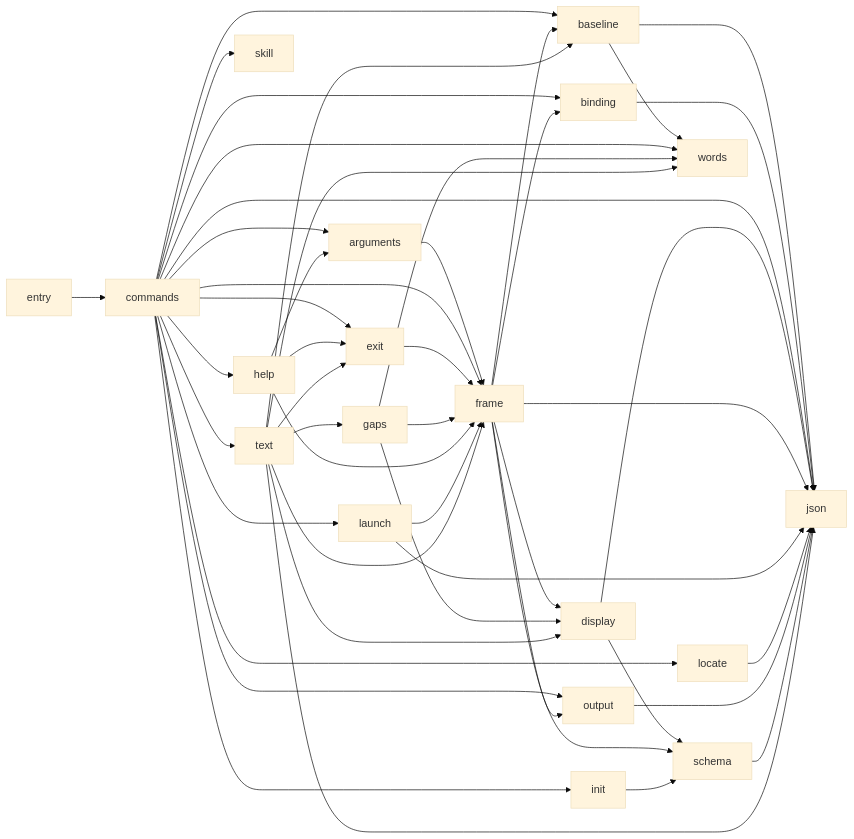
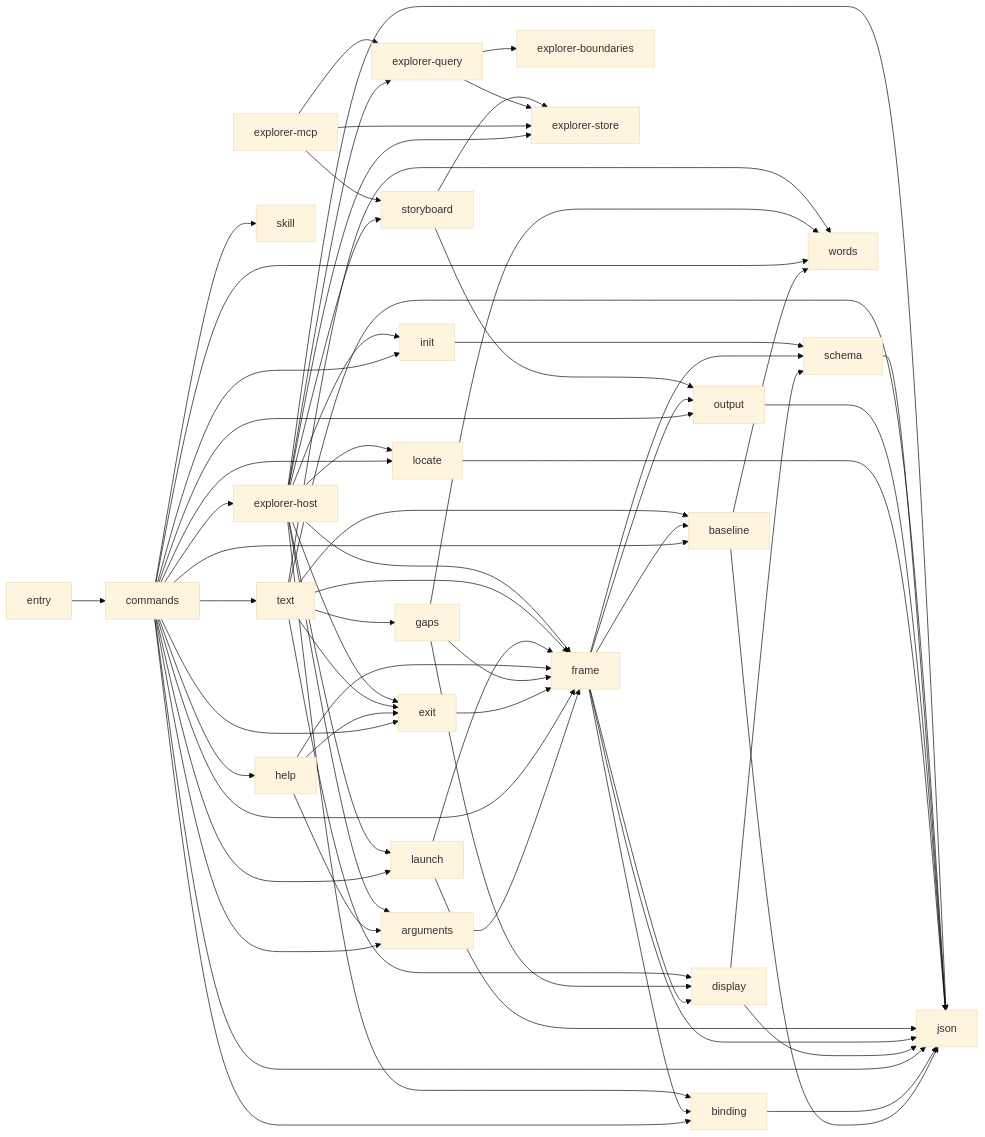
Before and after one commit to rapiddweller/archkeel: the diagram in docs/architecture/shell.md, drawn with Mermaid (base theme). The commit also changed other lines of this file and 190 other files, not shown here.

First line of the commit message:
Add a local architecture whiteboard with code drilldown and MCP (#1930)

````diff
--- a/docs/architecture/shell.md
+++ b/docs/architecture/shell.md
@@ -73,6 +73,12 @@
     n_16["skill"]
     n_17["text"]
     n_18["words"]
+    n_19["explorer-boundaries"]
+    n_20["explorer-host"]
+    n_21["explorer-mcp"]
+    n_22["explorer-query"]
+    n_23["explorer-store"]
+    n_24["storyboard"]
     n_0 --> n_7
     n_1 --> n_11
     n_1 --> n_18
@@ -91,6 +97,7 @@
     n_3 --> n_16
     n_3 --> n_17
     n_3 --> n_18
+    n_3 --> n_20
     n_4 --> n_11
     n_4 --> n_15
     n_5 --> n_3
@@ -120,4 +127,22 @@
     n_17 --> n_8
     n_17 --> n_11
     n_17 --> n_18
+    n_20 --> n_0
+    n_20 --> n_2
+    n_20 --> n_6
+    n_20 --> n_7
+    n_20 --> n_10
+    n_20 --> n_11
+    n_20 --> n_12
+    n_20 --> n_13
+    n_20 --> n_22
+    n_20 --> n_23
+    n_21 --> n_22
+    n_21 --> n_23
+    n_22 --> n_19
+    n_22 --> n_23
+    n_20 --> n_24
+    n_21 --> n_24
+    n_24 --> n_14
+    n_24 --> n_23
 ```
````
